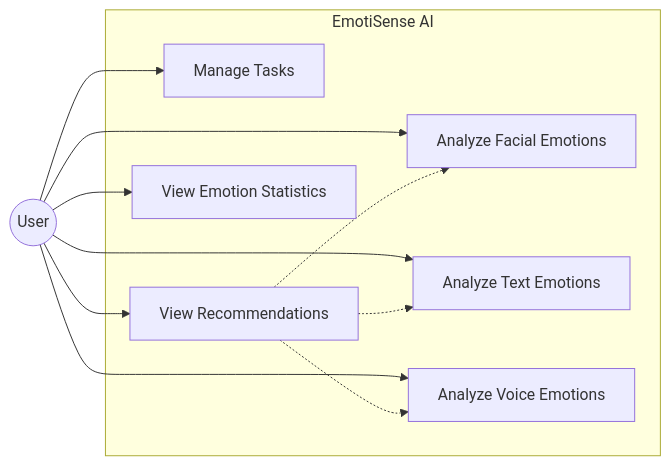
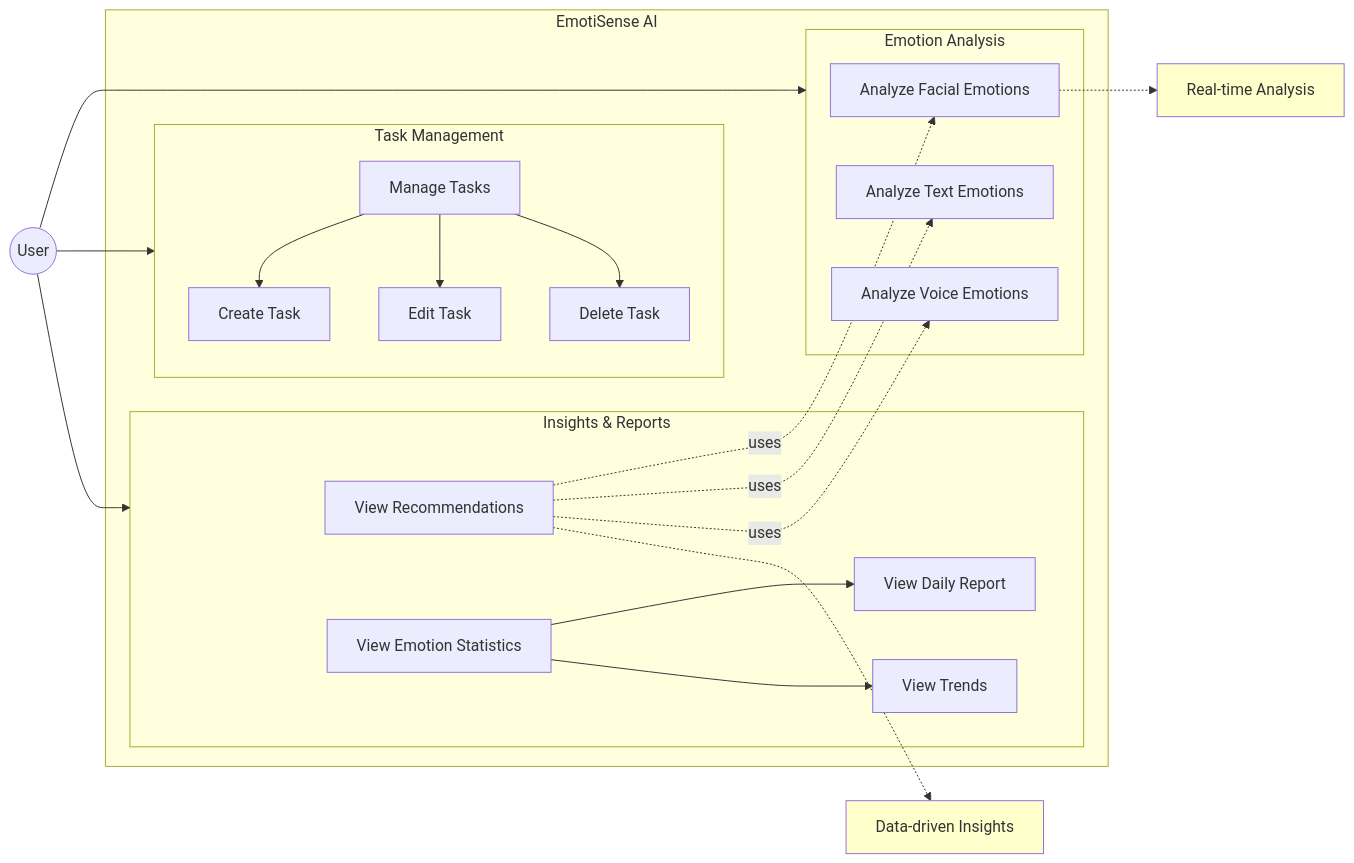
Before and after one commit to itsadithyav/Emotion-Detection: the first of 7 diagrams in diagrams.md, drawn with Mermaid. The commit also changed other lines of this file, not shown here.

Commit message:
Enhance system diagrams with detailed subgraphs and improve class diagram methods for better clarity and functionality

````diff
--- a/diagrams.md
+++ b/diagrams.md
@@ -4,23 +4,46 @@
 ```mermaid
 graph LR
     User((User))
     subgraph EmotiSense AI
-        UC1[Analyze Facial Emotions]
-        UC2[Analyze Text Emotions]
-        UC3[Analyze Voice Emotions]
-        UC4[Manage Tasks]
-        UC5[View Recommendations]
-        UC6[View Emotion Statistics]
+        subgraph Analysis [Emotion Analysis]
+            UC1[Analyze Facial Emotions]
+            UC2[Analyze Text Emotions]
+            UC3[Analyze Voice Emotions]
+        end
+        subgraph Management [Task Management]
+            UC4[Manage Tasks]
+            UC4_1[Create Task]
+            UC4_2[Edit Task]
+            UC4_3[Delete Task]
+        end
+        subgraph Insights [Insights & Reports]
+            UC5[View Recommendations]
+            UC6[View Emotion Statistics]
+            UC6_1[View Daily Report]
+            UC6_2[View Trends]
+        end
     end
     
-    User --> UC1
-    User --> UC2
-    User --> UC3
-    User --> UC4
-    User --> UC5
-    User --> UC6
+    User --> Analysis
+    User --> Management
+    User --> Insights
     
-    UC5 -.-> UC1
-    UC5 -.-> UC2
-    UC5 -.-> UC3
+    UC4 --> UC4_1
+    UC4 --> UC4_2
+    UC4 --> UC4_3
+    
+    UC6 --> UC6_1
+    UC6 --> UC6_2
+    
+    UC5 -.->|uses| UC1
+    UC5 -.->|uses| UC2
+    UC5 -.->|uses| UC3
+    
+    %% Add notes
+    classDef note fill:#ffffcc
+    note1[Real-time Analysis]:::note
+    note2[Data-driven Insights]:::note
+    
+    UC1 -.-> note1
+    UC5 -.-> note2
 ```
````
